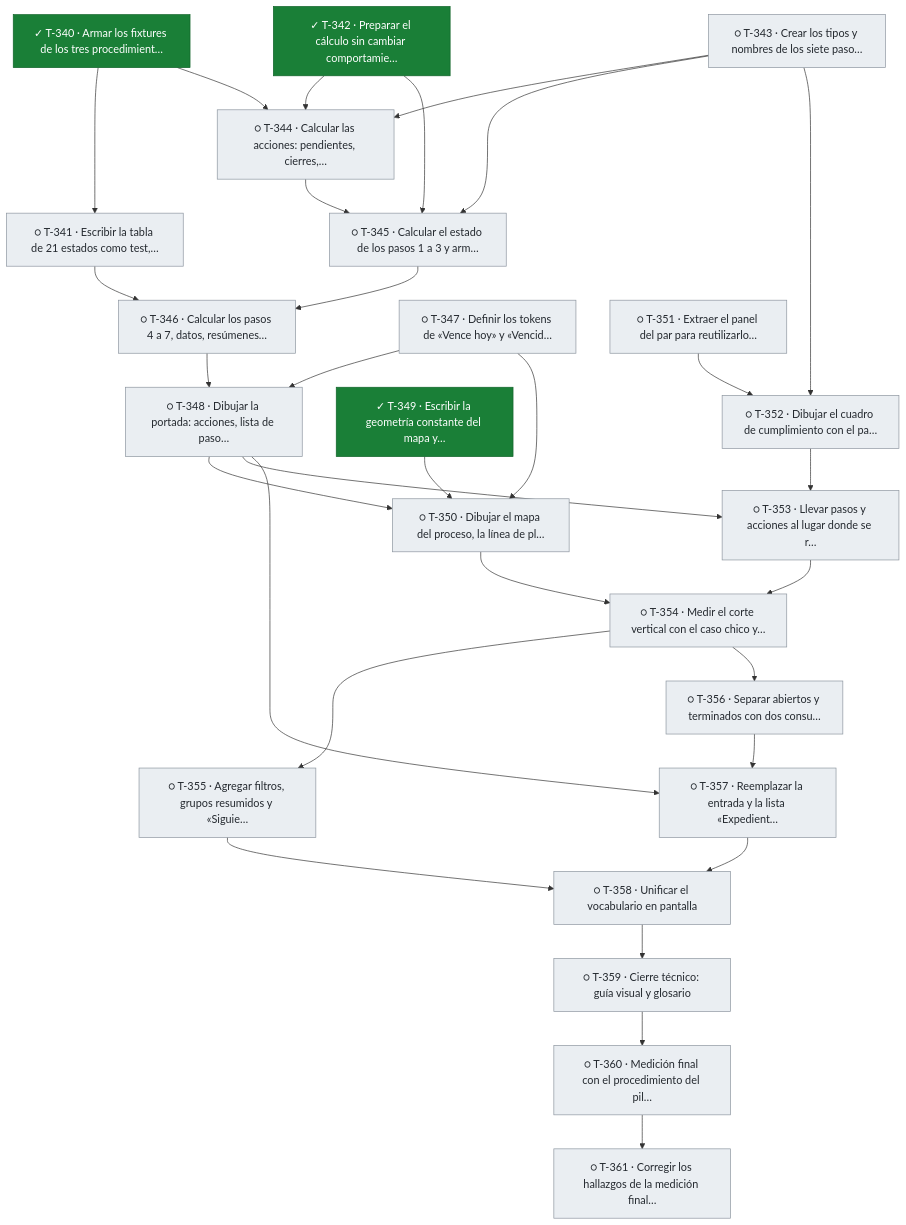
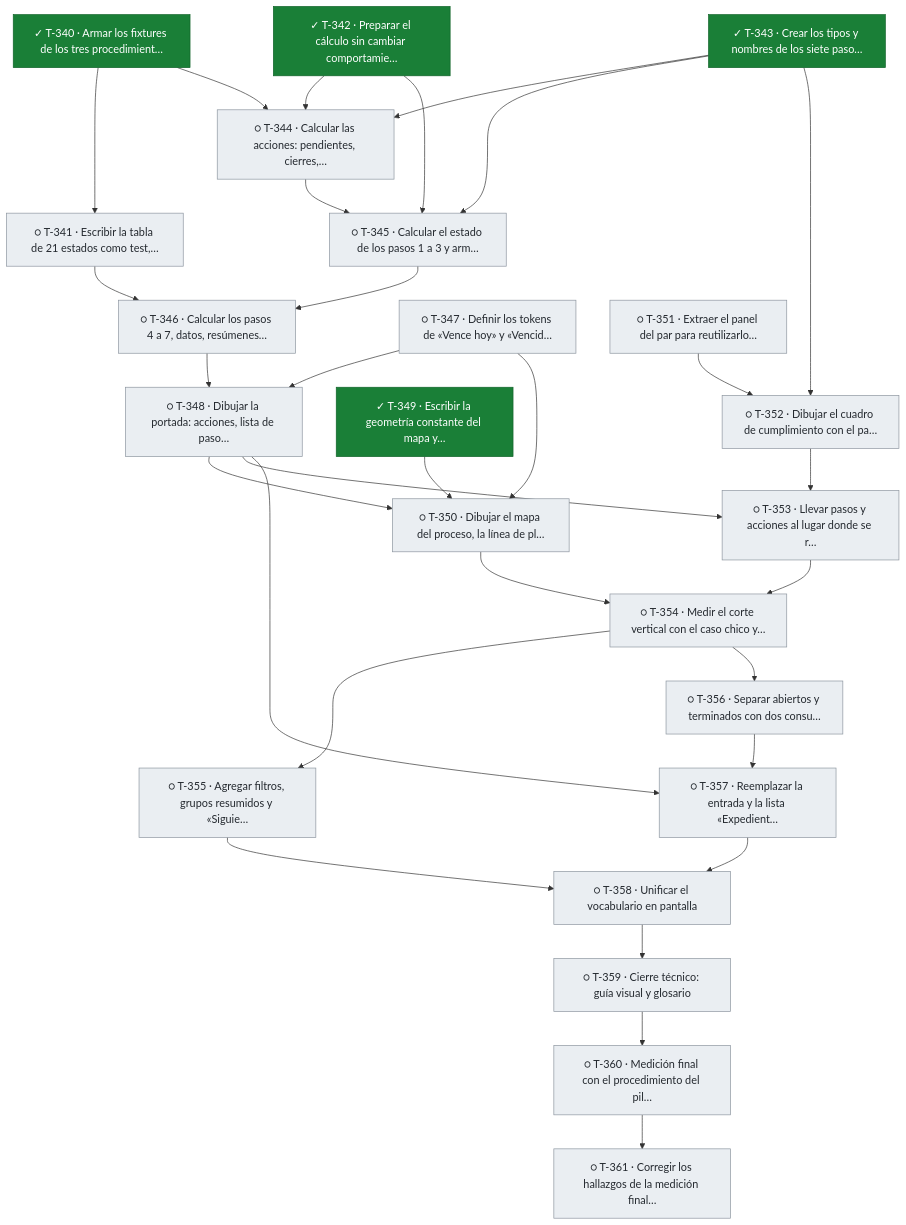
One commit to snavello/EVALUON changed diagram 25 of 25 in docs/tablero.md. Above: the diagram before and after it, drawn with Mermaid. The commit also changed other lines of this file and 1 other file, not shown here.

````diff
--- a/docs/tablero.md
+++ b/docs/tablero.md
@@ -1922,59 +1922,59 @@
 ```mermaid
 flowchart TD
   T340["✓ T-340 · Armar los fixtures de los tres procedimient…"]:::done
   T341["○ T-341 · Escribir la tabla de 21 estados como test,…"]:::todo
   T342["✓ T-342 · Preparar el cálculo sin cambiar comportamie…"]:::done
-  T343["○ T-343 · Crear los tipos y nombres de los siete paso…"]:::todo
+  T343["✓ T-343 · Crear los tipos y nombres de los siete paso…"]:::done
   T344["○ T-344 · Calcular las acciones: pendientes, cierres,…"]:::todo
   T345["○ T-345 · Calcular el estado de los pasos 1 a 3 y arm…"]:::todo
   T346["○ T-346 · Calcular los pasos 4 a 7, datos, resúmenes…"]:::todo
   T347["○ T-347 · Definir los tokens de «Vence hoy» y «Vencid…"]:::todo
   T348["○ T-348 · Dibujar la portada: acciones, lista de paso…"]:::todo
   T349["✓ T-349 · Escribir la geometría constante del mapa y…"]:::done
   T350["○ T-350 · Dibujar el mapa del proceso, la línea de pl…"]:::todo
   T351["○ T-351 · Extraer el panel del par para reutilizarlo…"]:::todo
   T352["○ T-352 · Dibujar el cuadro de cumplimiento con el pa…"]:::todo
   T353["○ T-353 · Llevar pasos y acciones al lugar donde se r…"]:::todo
   T354["○ T-354 · Medir el corte vertical con el caso chico y…"]:::todo
   T355["○ T-355 · Agregar filtros, grupos resumidos y «Siguie…"]:::todo
   T356["○ T-356 · Separar abiertos y terminados con dos consu…"]:::todo
   T357["○ T-357 · Reemplazar la entrada y la lista «Expedient…"]:::todo
   T358["○ T-358 · Unificar el vocabulario en pantalla"]:::todo
   T359["○ T-359 · Cierre técnico: guía visual y glosario"]:::todo
   T360["○ T-360 · Medición final con el procedimiento del pil…"]:::todo
   T361["○ T-361 · Corregir los hallazgos de la medición final…"]:::todo
   T340 --> T341
   T340 --> T344
   T342 --> T344
   T343 --> T344
   T342 --> T345
   T343 --> T345
   T344 --> T345
   T341 --> T346
   T345 --> T346
   T346 --> T348
   T347 --> T348
   T347 --> T350
   T348 --> T350
   T349 --> T350
   T343 --> T352
   T351 --> T352
   T348 --> T353
   T352 --> T353
   T350 --> T354
   T353 --> T354
   T354 --> T355
   T354 --> T356
   T348 --> T357
   T356 --> T357
   T355 --> T358
   T357 --> T358
   T358 --> T359
   T359 --> T360
   T360 --> T361
   classDef done fill:#1a7f37,stroke:#116329,color:#ffffff
   classDef review fill:#0969da,stroke:#0550ae,color:#ffffff
   classDef active fill:#bf8700,stroke:#7d4e00,color:#ffffff
   classDef blocked fill:#cf222e,stroke:#a40e26,color:#ffffff
   classDef todo fill:#eaeef2,stroke:#8c959f,color:#24292f
 ```
````
